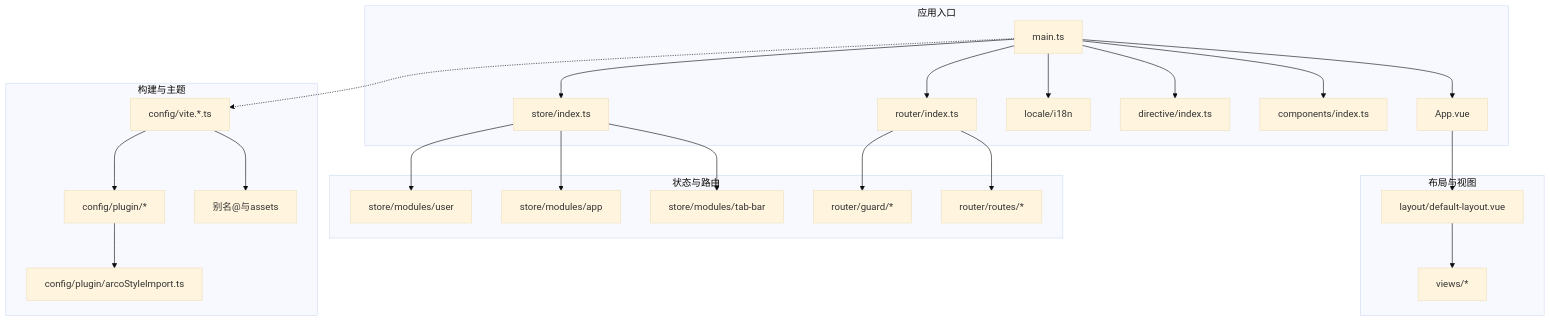
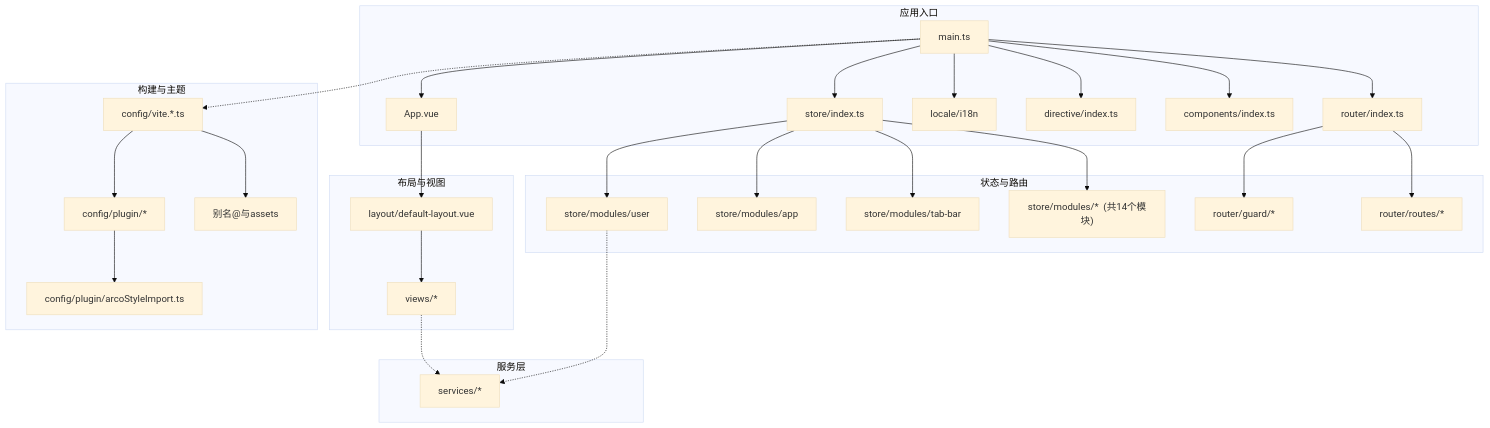
One commit to wuwuseo/e-sports-go-admin-web changed the second of 3 diagrams in .qoder/repowiki/zh/content/项目架构/目录结构详解.md. Above: the diagram before and after it, drawn with Mermaid (base theme). The commit also changed other lines of this file and 7 other files, not shown here.

````diff
--- a/.qoder/repowiki/zh/content/项目架构/目录结构详解.md
+++ b/.qoder/repowiki/zh/content/项目架构/目录结构详解.md
@@ -309,28 +365,34 @@
 ```mermaid
 graph TB
 subgraph "应用入口"
 M["main.ts"] --> R["router/index.ts"]
 M --> S["store/index.ts"]
 M --> L["locale/i18n"]
 M --> D["directive/index.ts"]
 M --> G["components/index.ts"]
 M --> A["App.vue"]
 end
 subgraph "布局与视图"
 A --> DL["layout/default-layout.vue"]
 DL --> V["views/*"]
 end
 subgraph "状态与路由"
 S --> SMU["store/modules/user"]
 S --> SMA["store/modules/app"]
 S --> SMT["store/modules/tab-bar"]
+S --> SM_OTHER["store/modules/*  (共14个模块)"]
 R --> RG["router/guard/*"]
 R --> RR["router/routes/*"]
 end
+subgraph "服务层"
+SV["services/*"]
+end
+V -.-> SV
+SMU -.-> SV
 subgraph "构建与主题"
 CFG["config/vite.*.ts"] --> PLG["config/plugin/*"]
 PLG --> ASI["config/plugin/arcoStyleImport.ts"]
 CFG --> AL["别名@与assets"]
 end
 M -.-> CFG
 ```
````
